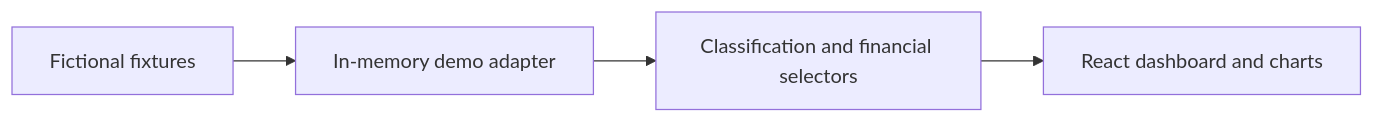
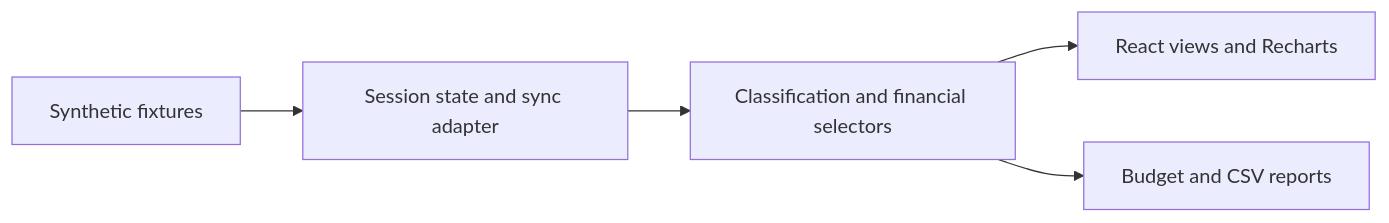
Before and after one commit to Saraingridsousa/Finance-tracker: the diagram in README.md, drawn with Mermaid. The commit also changed other lines of this file and 10 other files, not shown here.

````diff
--- a/README.md
+++ b/README.md
@@ -35,6 +39,7 @@
 ```mermaid
 flowchart LR
- A[Fictional fixtures] --> B[In-memory demo adapter]
+ A[Synthetic fixtures] --> B[Session state and sync adapter]
  B --> C[Classification and financial selectors]
- C --> D[React dashboard and charts]
+ C --> D[React views and Recharts]
+ C --> E[Budget and CSV reports]
 ```
````
